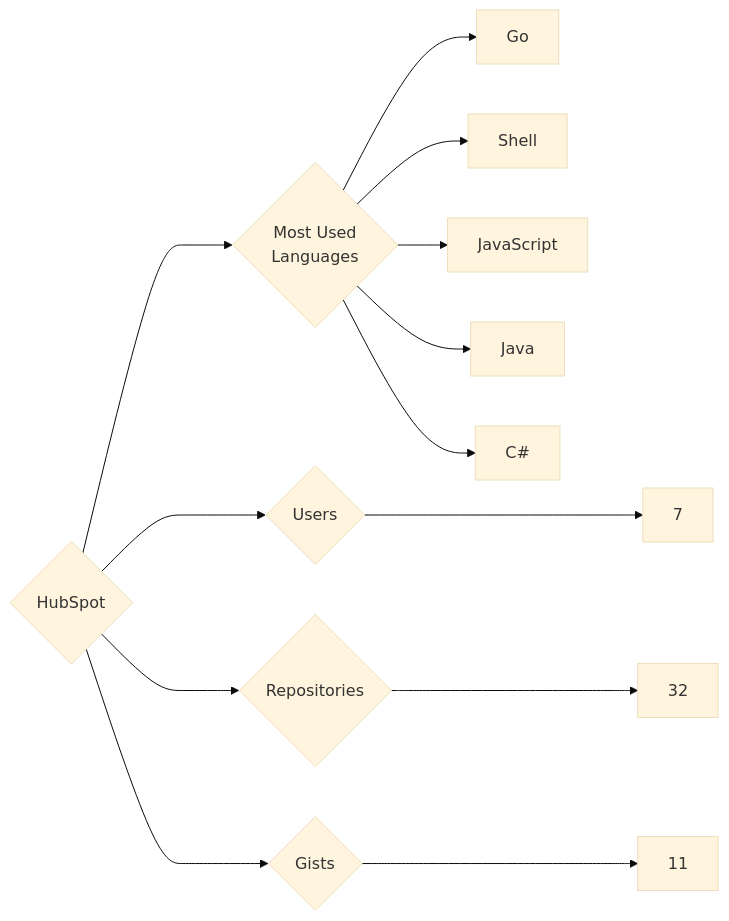
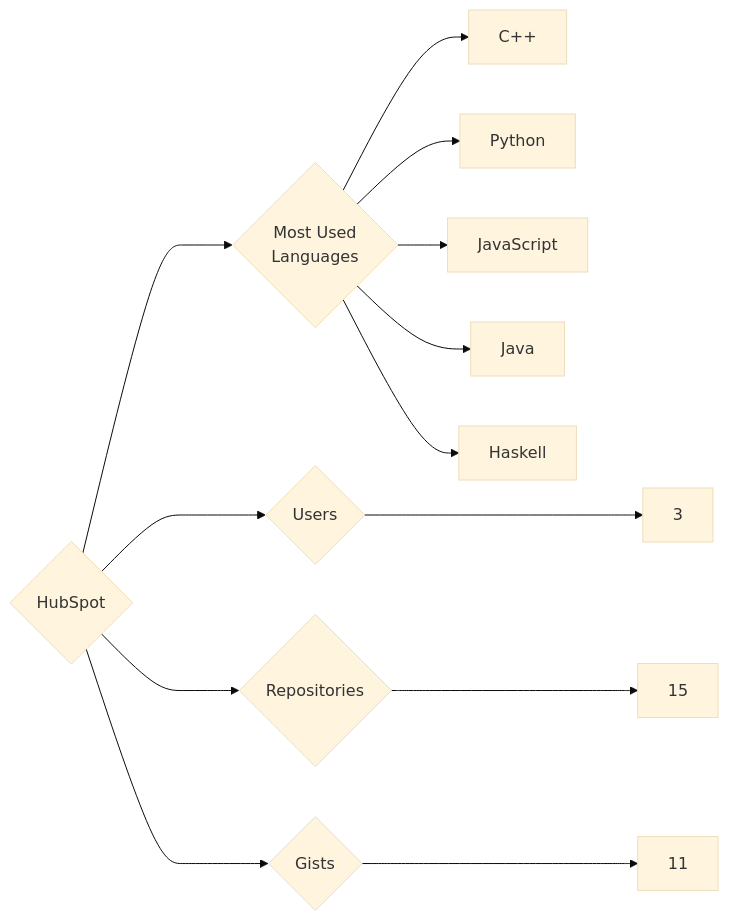
Before and after one commit to trickest/insiders: the diagram in targets/HubSpot/README.md, drawn with Mermaid (base theme). The commit also changed 993 other files, not shown here.

````diff
--- a/targets/HubSpot/README.md
+++ b/targets/HubSpot/README.md
@@ -3,13 +3,13 @@
 ```mermaid
 graph LR
 COMPANY_NAME{HubSpot}
-COMPANY_NAME ---> U{Users} ---> UN[7]
-COMPANY_NAME ---> R{Repositories} ---> RN[32]
+COMPANY_NAME ---> U{Users} ---> UN[3]
+COMPANY_NAME ---> R{Repositories} ---> RN[15]
 COMPANY_NAME ---> G{Gists} ---> GN[11]
 COMPANY_NAME ---> ML{Most Used<br>Languages}
-ML --> Go[Go]
-ML --> Shell[Shell]
+ML --> C++[C++]
+ML --> Python[Python]
 ML --> JavaScript[JavaScript]
 ML --> Java[Java]
-ML --> C#[C#]
+ML --> Haskell[Haskell]
 ```
````
